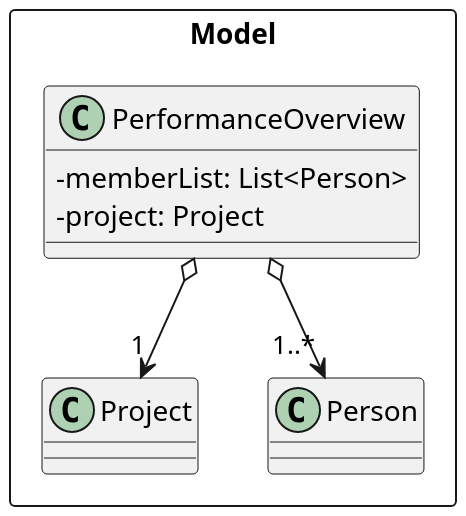
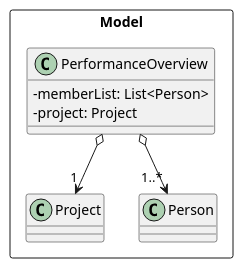
Before and after one commit to nus-cs2103-AY1920S1/addressbook-level3: the diagram in docs/diagrams/PerformanceOverviewClassDiagram.puml, drawn with PlantUML. The commit also changed 14 other files, not shown here.

```diff
--- a/docs/diagrams/PerformanceOverviewClassDiagram.puml
+++ b/docs/diagrams/PerformanceOverviewClassDiagram.puml
@@ -1,18 +1,18 @@
 @startuml
 skinparam classAttributeIconSize 0
 
-scale 2
+scale 1
 Package Model <<Rectangle>> {
 Class PerformanceOverview{
 -memberList: List<Person>
 -project: Project
 }
 Class Project{
 }
 Class Person{
 }
 }
 
 PerformanceOverview o--> "1..*" Person
 PerformanceOverview o--> "1" Project
 @enduml
```
